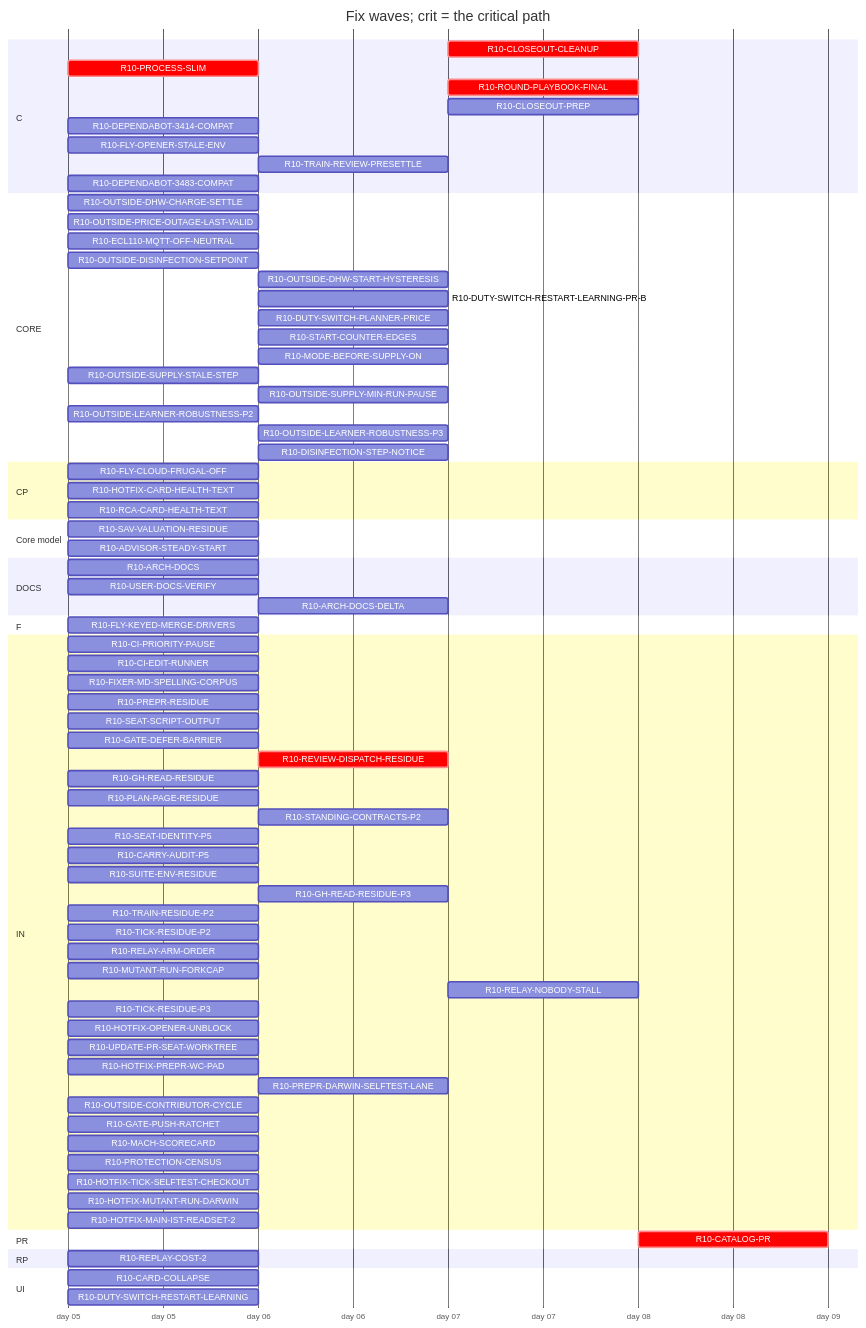
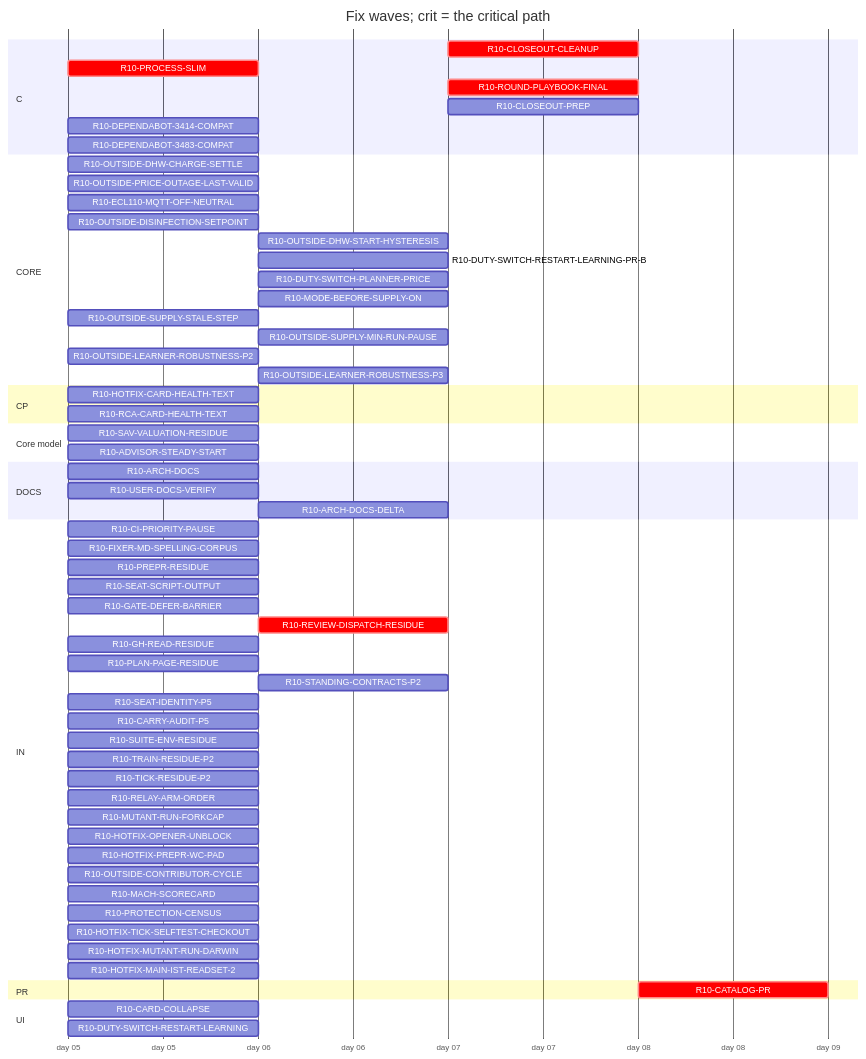
Before and after one commit to tvofi/heatpump_optimizer: the diagram in handoff/round10/state/PLAN-TABLE.md, drawn with Mermaid. The commit also changed other lines of this file and 3 other files, not shown here.

Commit message:
state: FLOW-BOARD.md, NEXT-SESSION-PROMPT.md, PLAN-TABLE.md, RESUME-CURRENT.md regenerated (state_docs.py)

````diff
--- a/handoff/round10/state/PLAN-TABLE.md
+++ b/handoff/round10/state/PLAN-TABLE.md
@@ -23,82 +21,66 @@
 ```mermaid
 gantt
   title Fix waves; crit = the critical path
   dateFormat YYYY-MM-DD
   axisFormat day %d
   section C
     R10-CLOSEOUT-CLEANUP :crit, r10CLOSEOUTCLEANUP, after r10ARCHDOCS r10USERDOCSVERIFY r10ROUNDPLAYBOOKFINAL r10CLOSEOUTPREP r10ARCHDOCSDELTA, 1d
     R10-PROCESS-SLIM :crit, r10PROCESSSLIM, 2026-01-05, 1d
     R10-ROUND-PLAYBOOK-FINAL :crit, r10ROUNDPLAYBOOKFINAL, after r10PROCESSSLIM r10FIXERMDSPELLINGCORPUS r10PREPRRESIDUE r10SEATSCRIPTOUTPUT r10REVIEWDISPATCHRESIDUE r10CARRYAUDITP5 r10SEATIDENTITYP5 r10STANDINGCONTRACTSP2 r10PLANPAGERESIDUE r10GHREADRESIDUE r10SUITEENVRESIDUE r10GATEDEFERBARRIER, 1d
     R10-CLOSEOUT-PREP :r10CLOSEOUTPREP, after r10ARCHDOCS r10PROCESSSLIM r10FIXERMDSPELLINGCORPUS r10PREPRRESIDUE r10SEATSCRIPTOUTPUT r10REVIEWDISPATCHRESIDUE r10CARRYAUDITP5 r10SEATIDENTITYP5 r10STANDINGCONTRACTSP2 r10PLANPAGERESIDUE r10GHREADRESIDUE r10SUITEENVRESIDUE r10GATEDEFERBARRIER, 1d
     R10-DEPENDABOT-3414-COMPAT :r10DEPENDABOT3414COMPAT, 2026-01-05, 1d
-    R10-FLY-OPENER-STALE-ENV :r10FLYOPENERSTALEENV, 2026-01-05, 1d
-    R10-TRAIN-REVIEW-PRESETTLE :r10TRAINREVIEWPRESETTLE, after r10TRAINRESIDUEP2, 1d
     R10-DEPENDABOT-3483-COMPAT :r10DEPENDABOT3483COMPAT, 2026-01-05, 1d
   section CORE
     R10-OUTSIDE-DHW-CHARGE-SETTLE :r10OUTSIDEDHWCHARGESETTLE, 2026-01-05, 1d
     R10-OUTSIDE-PRICE-OUTAGE-LAST-VALID :r10OUTSIDEPRICEOUTAGELASTVALID, 2026-01-05, 1d
     R10-ECL110-MQTT-OFF-NEUTRAL :r10ECL110MQTTOFFNEUTRAL, 2026-01-05, 1d
     R10-OUTSIDE-DISINFECTION-SETPOINT :r10OUTSIDEDISINFECTIONSETPOINT, 2026-01-05, 1d
     R10-OUTSIDE-DHW-START-HYSTERESIS :r10OUTSIDEDHWSTARTHYSTERESIS, after r10OUTSIDEDISINFECTIONSETPOINT, 1d
     R10-DUTY-SWITCH-RESTART-LEARNING-PR-B :r10DUTYSWITCHRESTARTLEARNINGPRB, after r10DUTYSWITCHRESTARTLEARNING, 1d
     R10-DUTY-SWITCH-PLANNER-PRICE :r10DUTYSWITCHPLANNERPRICE, after r10DUTYSWITCHRESTARTLEARNING, 1d
-    R10-START-COUNTER-EDGES :r10STARTCOUNTEREDGES, after r10DUTYSWITCHRESTARTLEARNING, 1d
     R10-MODE-BEFORE-SUPPLY-ON :r10MODEBEFORESUPPLYON, after r10DUTYSWITCHRESTARTLEARNING, 1d
     R10-OUTSIDE-SUPPLY-STALE-STEP :r10OUTSIDESUPPLYSTALESTEP, 2026-01-05, 1d
     R10-OUTSIDE-SUPPLY-MIN-RUN-PAUSE :r10OUTSIDESUPPLYMINRUNPAUSE, after r10OUTSIDESUPPLYSTALESTEP, 1d
     R10-OUTSIDE-LEARNER-ROBUSTNESS-P2 :r10OUTSIDELEARNERROBUSTNESSP2, 2026-01-05, 1d
     R10-OUTSIDE-LEARNER-ROBUSTNESS-P3 :r10OUTSIDELEARNERROBUSTNESSP3, after r10OUTSIDELEARNERROBUSTNESSP2, 1d
-    R10-DISINFECTION-STEP-NOTICE :r10DISINFECTIONSTEPNOTICE, after r10OUTSIDEDISINFECTIONSETPOINT, 1d
   section CP
-    R10-FLY-CLOUD-FRUGAL-OFF :r10FLYCLOUDFRUGALOFF, 2026-01-05, 1d
     R10-HOTFIX-CARD-HEALTH-TEXT :r10HOTFIXCARDHEALTHTEXT, 2026-01-05, 1d
     R10-RCA-CARD-HEALTH-TEXT :r10RCACARDHEALTHTEXT, 2026-01-05, 1d
   section Core model
     R10-SAV-VALUATION-RESIDUE :r10SAVVALUATIONRESIDUE, 2026-01-05, 1d
     R10-ADVISOR-STEADY-START :r10ADVISORSTEADYSTART, 2026-01-05, 1d
   section DOCS
     R10-ARCH-DOCS :r10ARCHDOCS, 2026-01-05, 1d
     R10-USER-DOCS-VERIFY :r10USERDOCSVERIFY, 2026-01-05, 1d
     R10-ARCH-DOCS-DELTA :r10ARCHDOCSDELTA, after r10ARCHDOCS r10SAVVALUATIONRESIDUE r10ADVISORSTEADYSTART r10PROCESSSLIM, 1d
-  section F
-    R10-FLY-KEYED-MERGE-DRIVERS :r10FLYKEYEDMERGEDRIVERS, 2026-01-05, 1d
   section IN
     R10-CI-PRIORITY-PAUSE :r10CIPRIORITYPAUSE, 2026-01-05, 1d
-    R10-CI-EDIT-RUNNER :r10CIEDITRUNNER, 2026-01-05, 1d
     R10-FIXER-MD-SPELLING-CORPUS :r10FIXERMDSPELLINGCORPUS, 2026-01-05, 1d
     R10-PREPR-RESIDUE :r10PREPRRESIDUE, 2026-01-05, 1d
     R10-SEAT-SCRIPT-OUTPUT :r10SEATSCRIPTOUTPUT, 2026-01-05, 1d
     R10-GATE-DEFER-BARRIER :r10GATEDEFERBARRIER, 2026-01-05, 1d
     R10-REVIEW-DISPATCH-RESIDUE :crit, r10REVIEWDISPATCHRESIDUE, after r10PROCESSSLIM, 1d
     R10-GH-READ-RESIDUE :r10GHREADRESIDUE, 2026-01-05, 1d
     R10-PLAN-PAGE-RESIDUE :r10PLANPAGERESIDUE, 2026-01-05, 1d
     R10-STANDING-CONTRACTS-P2 :r10STANDINGCONTRACTSP2, after r10FIXERMDSPELLINGCORPUS, 1d
     R10-SEAT-IDENTITY-P5 :r10SEATIDENTITYP5, 2026-01-05, 1d
     R10-CARRY-AUDIT-P5 :r10CARRYAUDITP5, 2026-01-05, 1d
     R10-SUITE-ENV-RESIDUE :r10SUITEENVRESIDUE, 2026-01-05, 1d
-    R10-GH-READ-RESIDUE-P3 :r10GHREADRESIDUEP3, after r10GHREADRESIDUE, 1d
     R10-TRAIN-RESIDUE-P2 :r10TRAINRESIDUEP2, 2026-01-05, 1d
     R10-TICK-RESIDUE-P2 :r10TICKRESIDUEP2, 2026-01-05, 1d
     R10-RELAY-ARM-ORDER :r10RELAYARMORDER, 2026-01-05, 1d
     R10-MUTANT-RUN-FORKCAP :r10MUTANTRUNFORKCAP, 2026-01-05, 1d
-    R10-RELAY-NOBODY-STALL :r10RELAYNOBODYSTALL, after r10RELAYARMORDER r10REVIEWDISPATCHRESIDUE, 1d
-    R10-TICK-RESIDUE-P3 :r10TICKRESIDUEP3, 2026-01-05, 1d
     R10-HOTFIX-OPENER-UNBLOCK :r10HOTFIXOPENERUNBLOCK, 2026-01-05, 1d
-    R10-UPDATE-PR-SEAT-WORKTREE :r10UPDATEPRSEATWORKTREE, 2026-01-05, 1d
     R10-HOTFIX-PREPR-WC-PAD :r10HOTFIXPREPRWCPAD, 2026-01-05, 1d
-    R10-PREPR-DARWIN-SELFTEST-LANE :r10PREPRDARWINSELFTESTLANE, after r10HOTFIXPREPRWCPAD, 1d
     R10-OUTSIDE-CONTRIBUTOR-CYCLE :r10OUTSIDECONTRIBUTORCYCLE, 2026-01-05, 1d
-    R10-GATE-PUSH-RATCHET :r10GATEPUSHRATCHET, 2026-01-05, 1d
     R10-MACH-SCORECARD :r10MACHSCORECARD, 2026-01-05, 1d
     R10-PROTECTION-CENSUS :r10PROTECTIONCENSUS, 2026-01-05, 1d
     R10-HOTFIX-TICK-SELFTEST-CHECKOUT :r10HOTFIXTICKSELFTESTCHECKOUT, 2026-01-05, 1d
     R10-HOTFIX-MUTANT-RUN-DARWIN :r10HOTFIXMUTANTRUNDARWIN, 2026-01-05, 1d
     R10-HOTFIX-MAIN-IST-READSET-2 :r10HOTFIXMAINISTREADSET2, 2026-01-05, 1d
   section PR
     R10-CATALOG-PR :crit, r10CATALOGPR, after r10USERDOCSVERIFY r10ARCHDOCS r10ROUNDPLAYBOOKFINAL r10CLOSEOUTCLEANUP r10CLOSEOUTPREP r10ARCHDOCSDELTA, 1d
-  section RP
-    R10-REPLAY-COST-2 :r10REPLAYCOST2, 2026-01-05, 1d
   section UI
     R10-CARD-COLLAPSE :r10CARDCOLLAPSE, 2026-01-05, 1d
     R10-DUTY-SWITCH-RESTART-LEARNING :r10DUTYSWITCHRESTARTLEARNING, 2026-01-05, 1d
 ```
````
